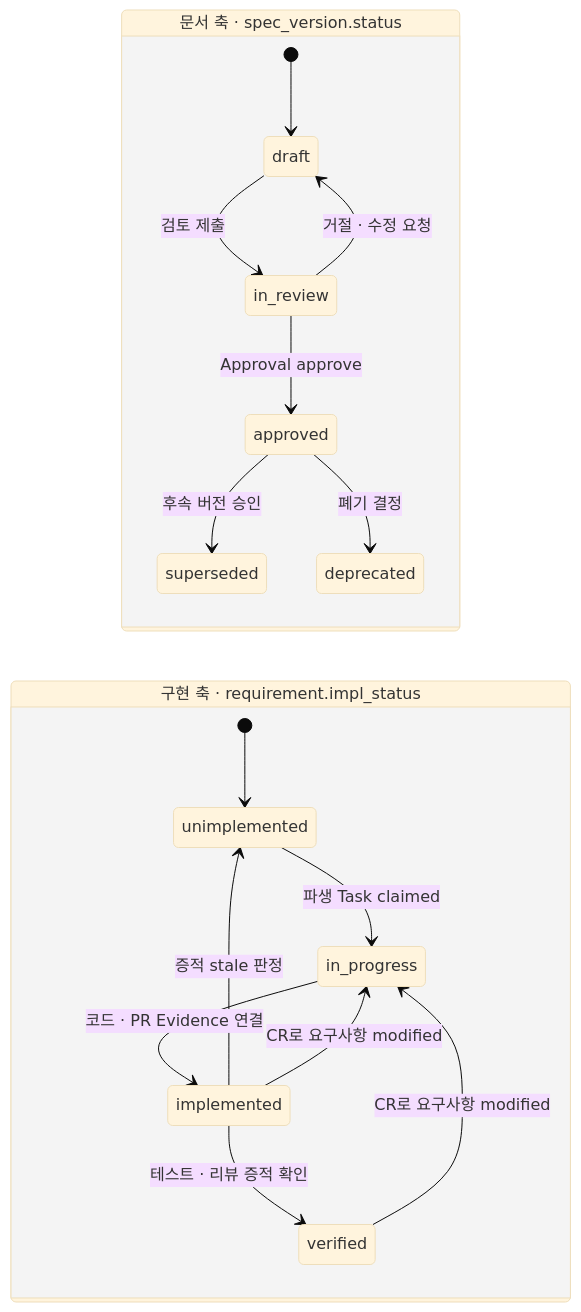
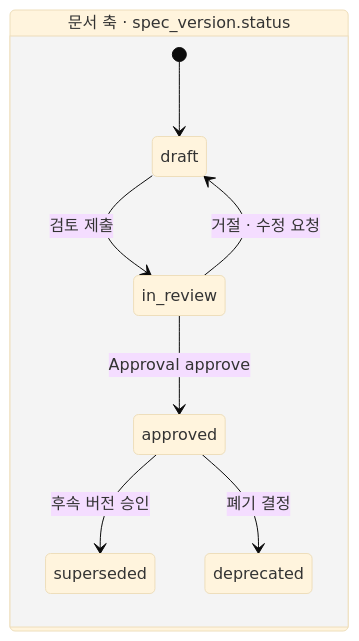
One commit to worker-ants/nerv changed the second of 2 diagrams in docs/03-proposal/data-model.md. Above: the diagram before and after it, drawn with Mermaid (base theme). The commit also changed other lines of this file and 18 other files, not shown here.

````diff
--- a/docs/03-proposal/data-model.md
+++ b/docs/03-proposal/data-model.md
@@ -171,21 +173,12 @@
 ```mermaid
 stateDiagram-v2
   direction LR
   state "문서 축 · spec_version.status" as DOC {
     [*] --> draft
     draft --> in_review: 검토 제출
     in_review --> draft: 거절 · 수정 요청
     in_review --> approved: Approval approve
     approved --> superseded: 후속 버전 승인
     approved --> deprecated: 폐기 결정
   }
-  state "구현 축 · requirement.impl_status" as IMPL {
-    [*] --> unimplemented
-    unimplemented --> in_progress: 파생 Task claimed
-    in_progress --> implemented: 코드 · PR Evidence 연결
-    implemented --> verified: 테스트 · 리뷰 증적 확인
-    implemented --> unimplemented: 증적 stale 판정
-    implemented --> in_progress: CR로 요구사항 modified
-    verified --> in_progress: CR로 요구사항 modified
-  }
 ```
````
